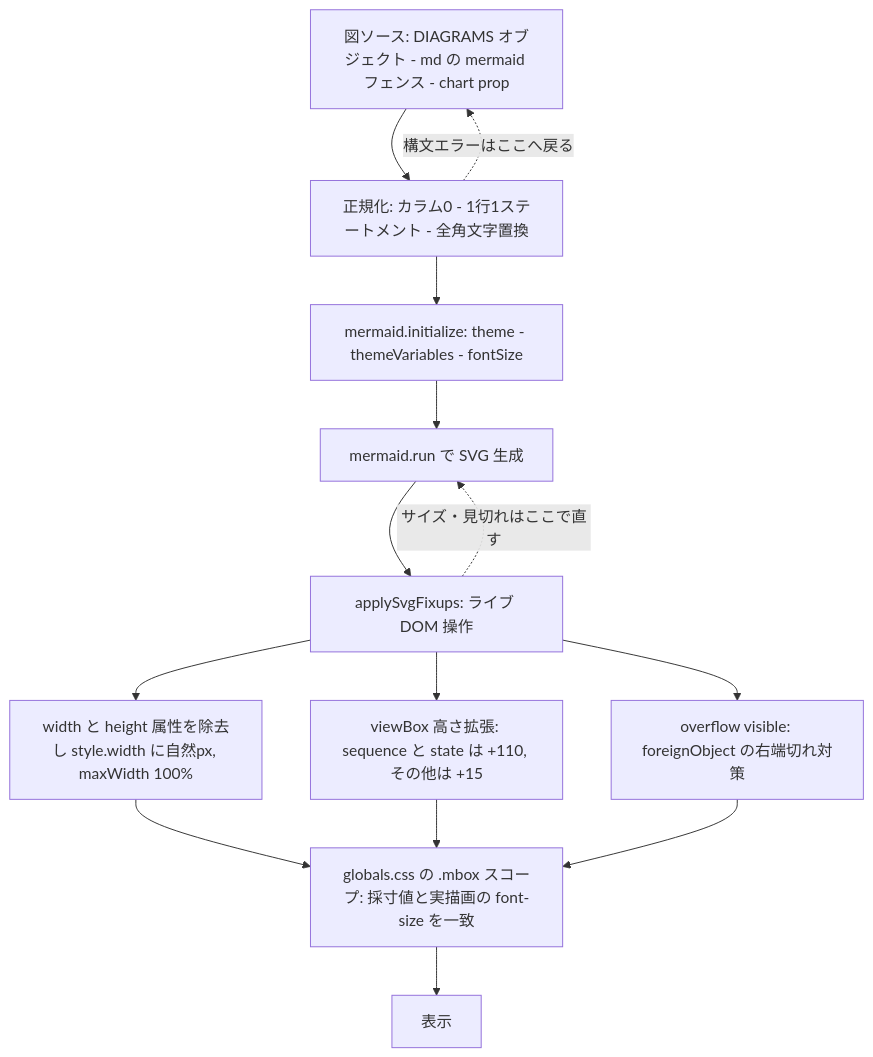
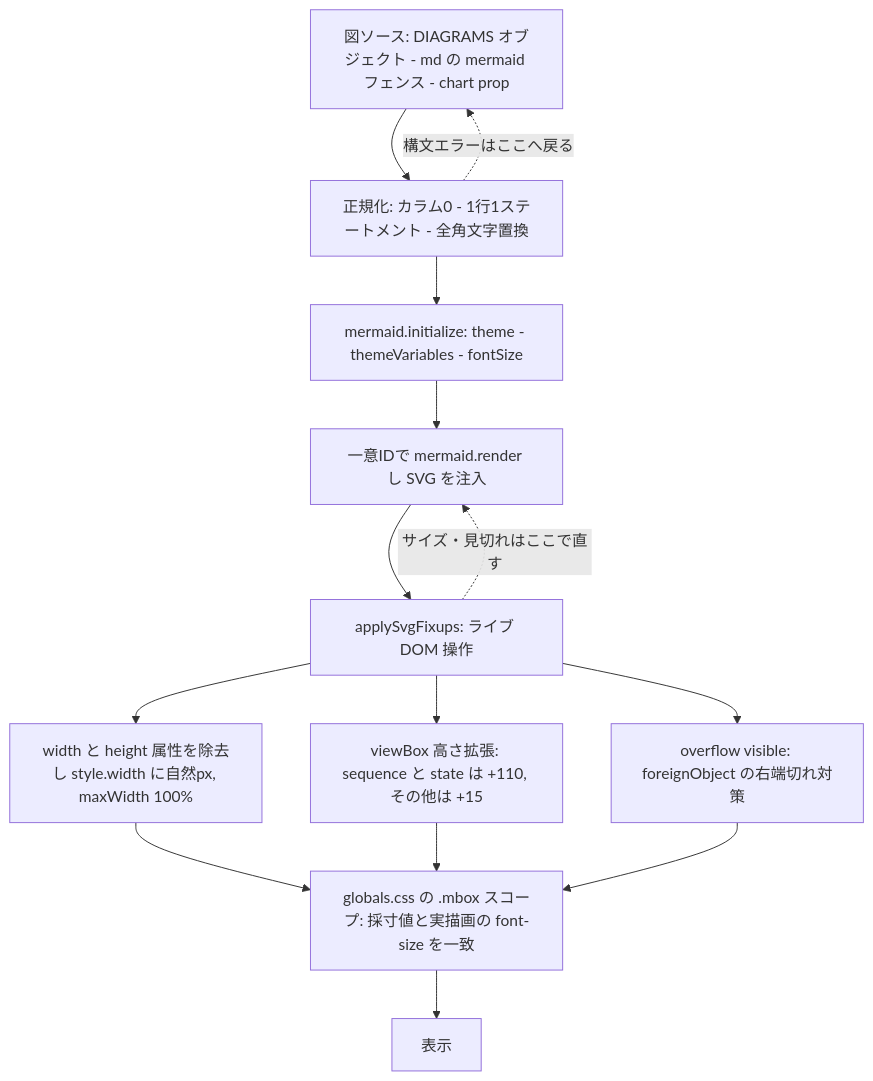
The diagram in .claude/skills/fix-mermaid/SKILL.md (myoshi2891/Software-Design-and-Architecture), drawn with Mermaid before and after one commit. The commit also changed other lines of this file, not shown here.

First line of the commit message:
docs(skill): document Mermaid render ID collision in fix-mermaid skill

````diff
--- a/.claude/skills/fix-mermaid/SKILL.md
+++ b/.claude/skills/fix-mermaid/SKILL.md
@@ -23,16 +24,16 @@
 ```mermaid
 flowchart TD
 Src["図ソース: DIAGRAMS オブジェクト - md の mermaid フェンス - chart prop"] --> Norm["正規化: カラム0 - 1行1ステートメント - 全角文字置換"]
 Norm --> Init["mermaid.initialize: theme - themeVariables - fontSize"]
-Init --> Run["mermaid.run で SVG 生成"]
+Init --> Run["一意IDで mermaid.render し SVG を注入"]
 Run --> Fix["applySvgFixups: ライブ DOM 操作"]
 Fix --> W["width と height 属性を除去し style.width に自然px, maxWidth 100%"]
 Fix --> V["viewBox 高さ拡張: sequence と state は +110, その他は +15"]
 Fix --> O["overflow visible: foreignObject の右端切れ対策"]
 W --> CSS["globals.css の .mbox スコープ: 採寸値と実描画の font-size を一致"]
 V --> CSS
 O --> CSS
 CSS --> Out["表示"]
 Norm -.構文エラーはここへ戻る.-> Src
 Fix -.サイズ・見切れはここで直す.-> Run
 ```
````
